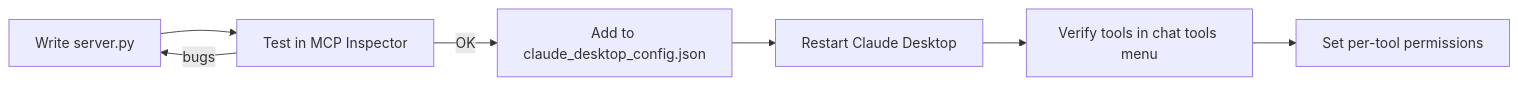
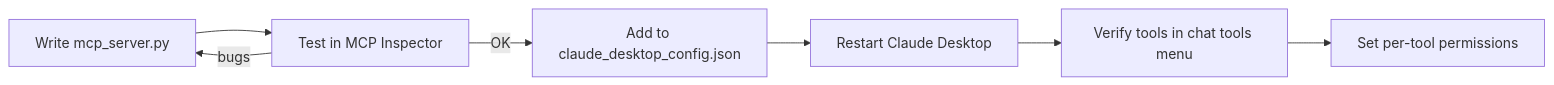
Before and after one commit to KiranGunturu/model_context_protocal: the tenth of 18 diagrams in Readme.MD, drawn with Mermaid. The commit also changed other lines of this file and 7 other files, not shown here.

Commit message:
openai mcp server

````diff
--- a/Readme.MD
+++ b/Readme.MD
@@ -490,9 +496,9 @@
 ```mermaid
 flowchart LR
-    W[Write server.py] --> I[Test in MCP Inspector]
+    W[Write mcp_server.py] --> I[Test in MCP Inspector]
     I -- bugs --> W
     I -- OK --> C[Add to claude_desktop_config.json]
     C --> R[Restart Claude Desktop]
     R --> T[Verify tools in chat tools menu]
     T --> P[Set per-tool permissions]
 ```
````
